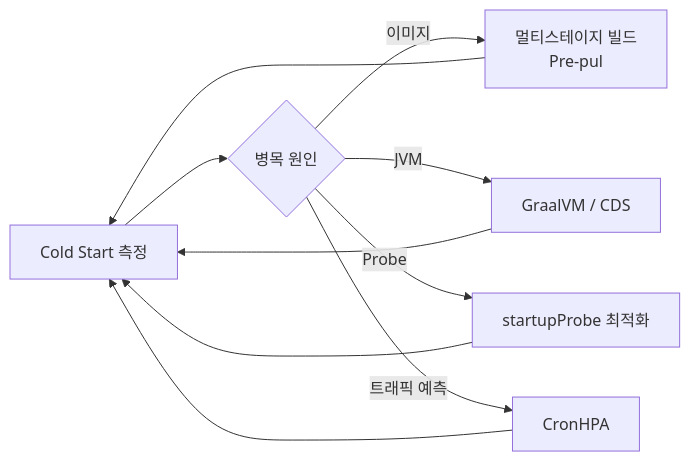
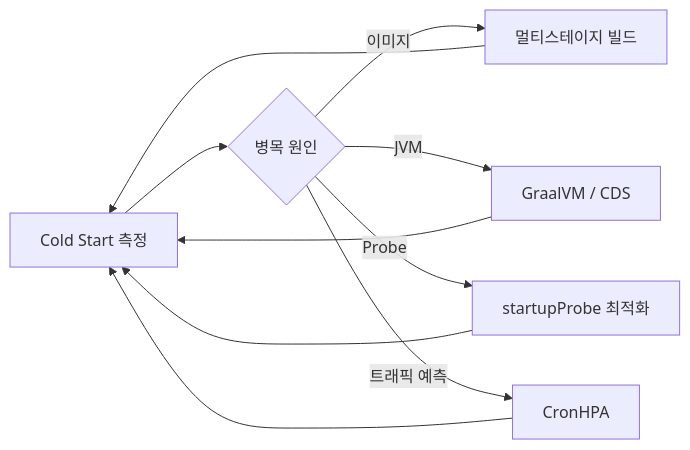
Before and after one commit to yjkim2015/yjkim2015.github.io: the fifth of 5 diagrams in _posts/cloud/2026-05-02-kubernetes-cold-start.md, drawn with Mermaid. The commit also changed other lines of this file and 217 other files, not shown here.

First line of the commit message:
Mermaid 크기 수정: useMaxWidth:true + SVG max-width:100% + 라벨 축소

````diff
--- a/_posts/cloud/2026-05-02-kubernetes-cold-start.md
+++ b/_posts/cloud/2026-05-02-kubernetes-cold-start.md
@@ -526,9 +526,9 @@
 ```mermaid
 graph LR
     Measure["Cold Start 측정"] --> B{"병목 원인"}
-    B -->|"이미지"| ImageOpt["멀티스테이지 빌드\nPre-pul"]
+    B -->|"이미지"| ImageOpt["멀티스테이지 빌드"]
     B -->|"JVM"| JvmOpt["GraalVM / CDS"]
     B -->|"Probe"| ProbeOpt["startupProbe 최적화"]
     B -->|"트래픽 예측"| Cron["CronHPA"]
     ImageOpt & JvmOpt & ProbeOpt & Cron --> Measure
 ```
````
